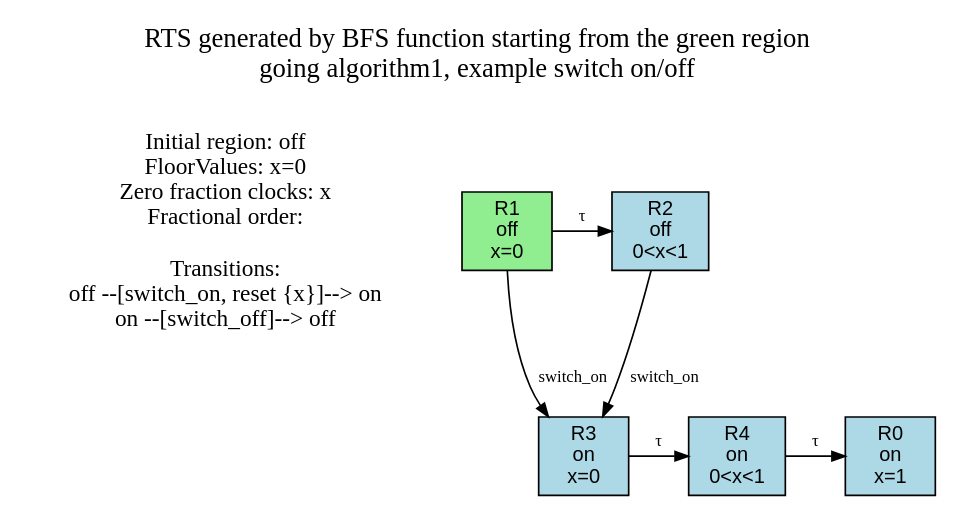
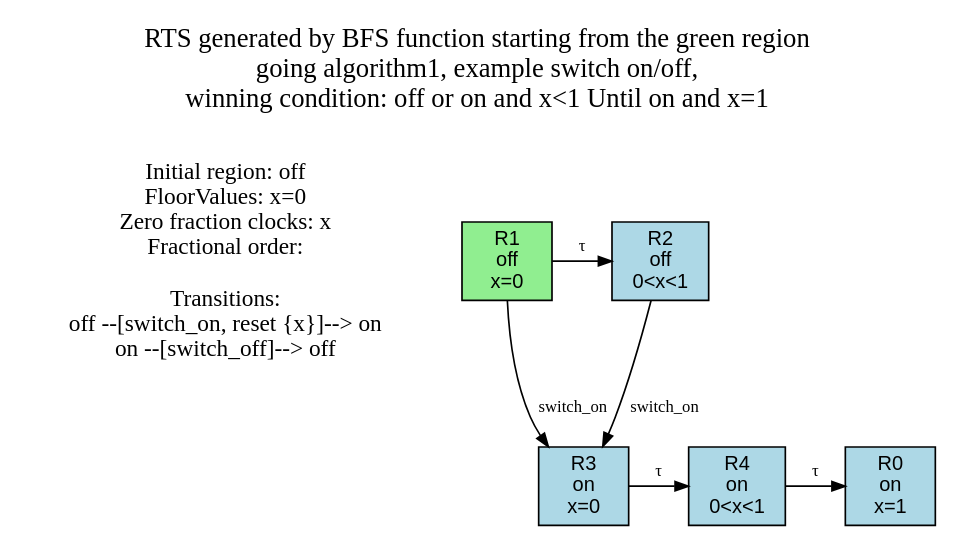
Before and after one commit to mcdu10/Timed-CLTLoc-Games: the diagram in cmake-build-debug/output/rts_alg.dot, drawn with Graphviz. The commit also changed 12 other files, not shown here.

```diff
--- a/cmake-build-debug/output/rts_alg.dot
+++ b/cmake-build-debug/output/rts_alg.dot
@@ -1,29 +1,30 @@
 digraph RTS {
   rankdir=TB;
   splines=true;
-  label="RTS generated by BFS function starting from the green region\ngoing algorithm1, example switch on/off
+  label="RTS generated by BFS function starting from the green region\ngoing algorithm1, example switch on/off,
+ winning condition: off or on and x<1 Until on and x=1
 
 ";
   labelloc=t;
   fontsize=16;
   Info [shape=plaintext, label="Initial region: off\nFloorValues: x=0 \nZero fraction clocks: x \nFractional order:\n\nTransitions:\noff --[switch_on, reset {x}]--> on\non --[switch_off]--> off\n"];
   node [shape=box, style=filled, fillcolor=white, fontname=Helvetica, fontsize=12];
   edge [fontsize=10, color=black, arrowsize=0.8];
   R0 [label="R0\non
 x=1", fillcolor=lightblue];
   R1 [label="R1\noff
 x=0", fillcolor=lightgreen];
   R2 [label="R2\noff
 0<x<1", fillcolor=lightblue];
   R3 [label="R3\non
 x=0", fillcolor=lightblue];
   R4 [label="R4\non
 0<x<1", fillcolor=lightblue];
   { rank=same; R2; R1; }
   { rank=same; R4; R3; R0; }
   R1 -> R2 [label="τ"];
   R1 -> R3 [label="switch_on"];
   R2 -> R3 [label="switch_on"];
   R3 -> R4 [label="τ"];
   R4 -> R0 [label="τ"];
 }
```
